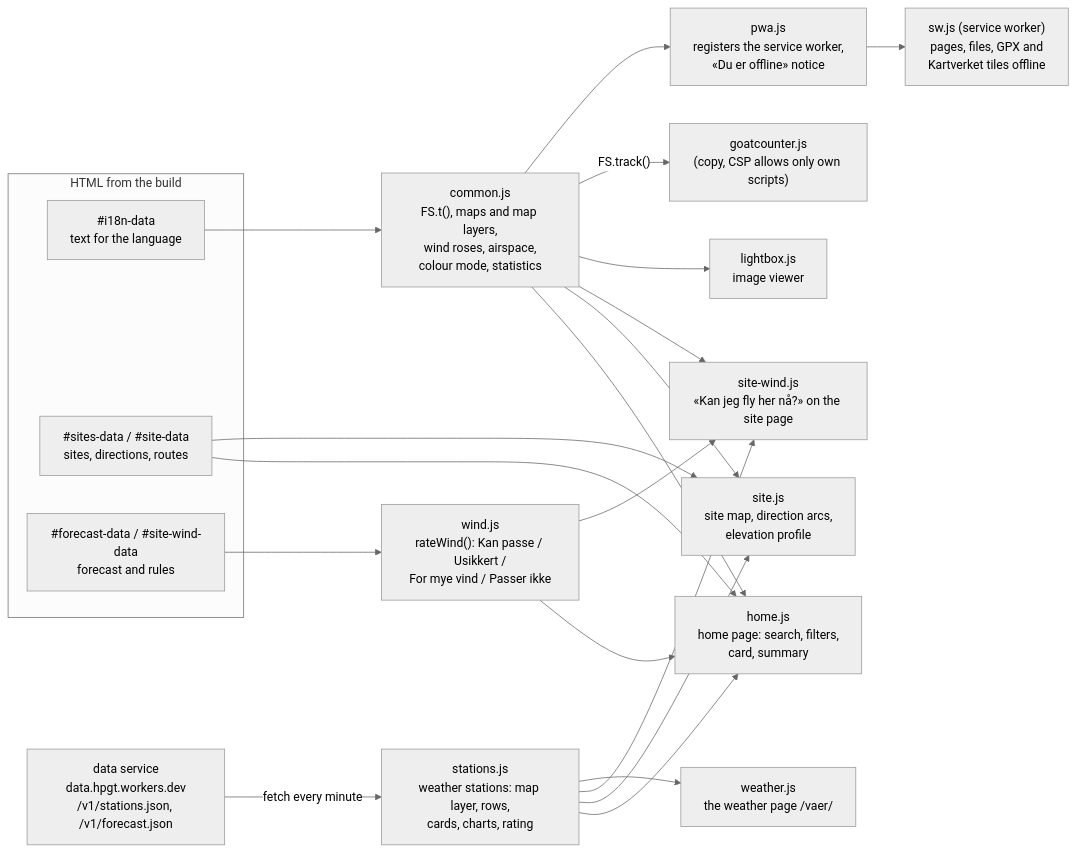
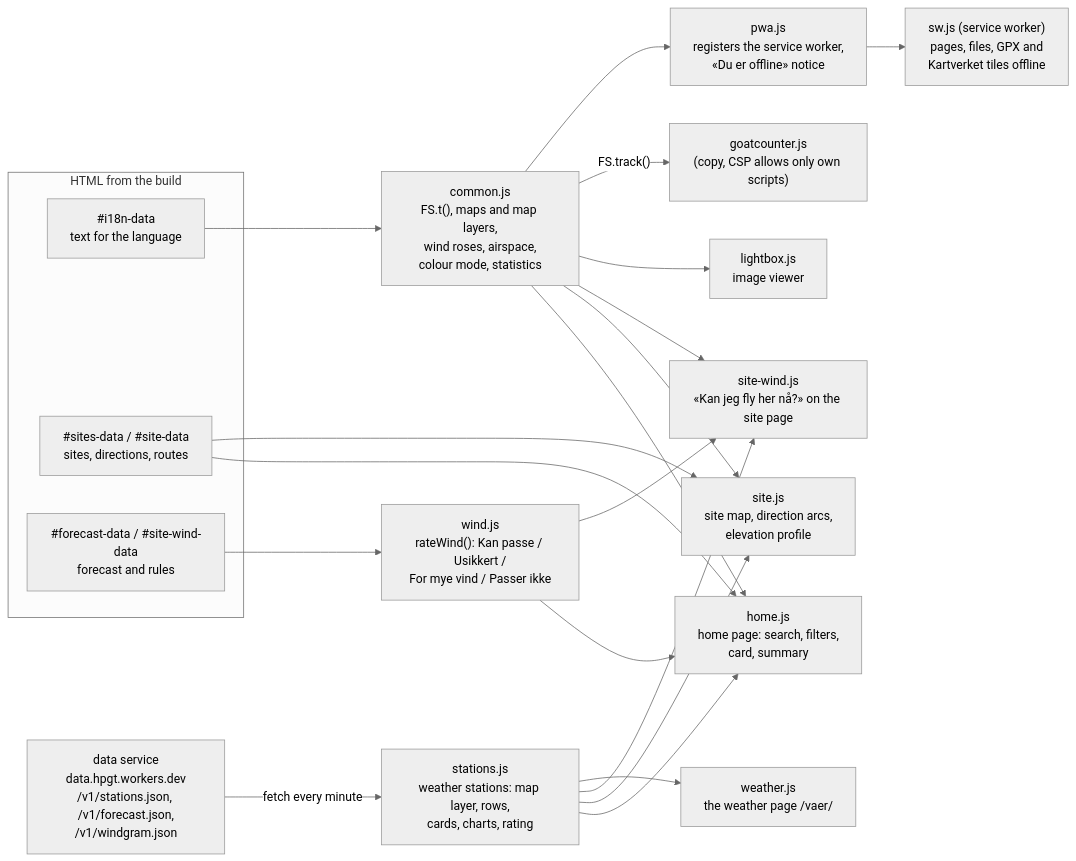
Before and after one commit to hpgt-com/flying-sites: the third of 6 diagrams in docs/architecture.md, drawn with Mermaid (neutral theme). The commit also changed other lines of this file and 13 other files, not shown here.

First line of the commit message:
Vind i høyden i datatjenesten (/v1/windgram.json)

````diff
--- a/docs/architecture.md
+++ b/docs/architecture.md
@@ -116,29 +116,29 @@
 ```mermaid
 flowchart LR
   subgraph page["HTML from the build"]
     j1["#i18n-data<br/>text for the language"]
     j2["#sites-data / #site-data<br/>sites, directions, routes"]
     j3["#forecast-data / #site-wind-data<br/>forecast and rules"]
   end
 
   common["common.js<br/>FS.t(), maps and map layers,<br/>wind roses, airspace,<br/>colour mode, statistics"]
   wind["wind.js<br/>rateWind(): Kan passe / Usikkert /<br/>For mye vind / Passer ikke"]
   home["home.js<br/>home page: search, filters,<br/>card, summary"]
   site["site.js<br/>site map, direction arcs,<br/>elevation profile"]
   sitewind["site-wind.js<br/>«Kan jeg fly her nå?» on the site page"]
   stations["stations.js<br/>weather stations: map layer, rows,<br/>cards, charts, rating"]
   weather["weather.js<br/>the weather page /vaer/"]
-  data["data service<br/>data.hpgt.workers.dev<br/>/v1/stations.json, /v1/forecast.json"]
+  data["data service<br/>data.hpgt.workers.dev<br/>/v1/stations.json, /v1/forecast.json,<br/>/v1/windgram.json"]
   lightbox["lightbox.js<br/>image viewer"]
   goat["goatcounter.js<br/>(copy, CSP allows only own scripts)"]
   pwa["pwa.js<br/>registers the service worker,<br/>«Du er offline» notice"]
   sw["sw.js (service worker)<br/>pages, files, GPX and<br/>Kartverket tiles offline"]
 
   j1 --> common
   common --> home & site & sitewind & lightbox
   j2 --> home & site
   j3 --> wind --> home & sitewind
   data -- "fetch every minute" --> stations --> home & site & sitewind & weather
   common -- "FS.track()" --> goat
   common --> pwa --> sw
 ```
````
